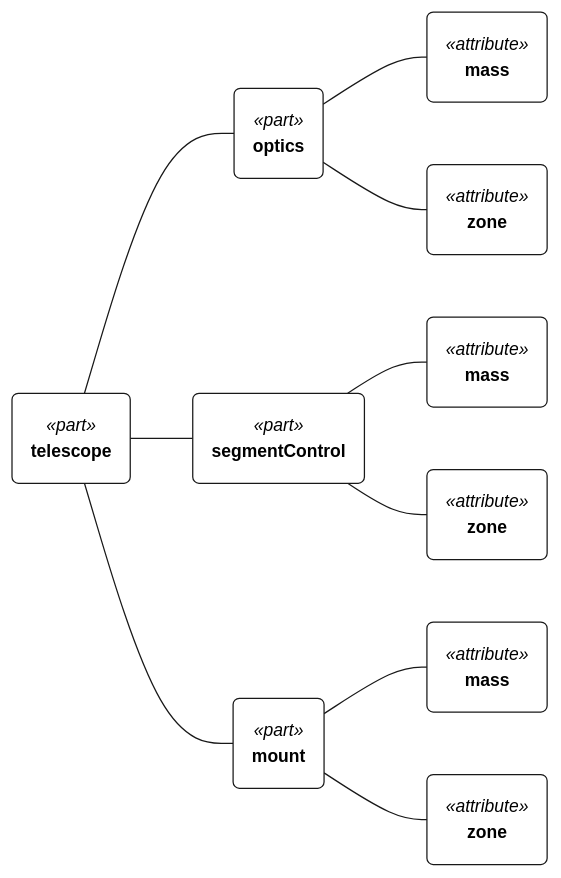
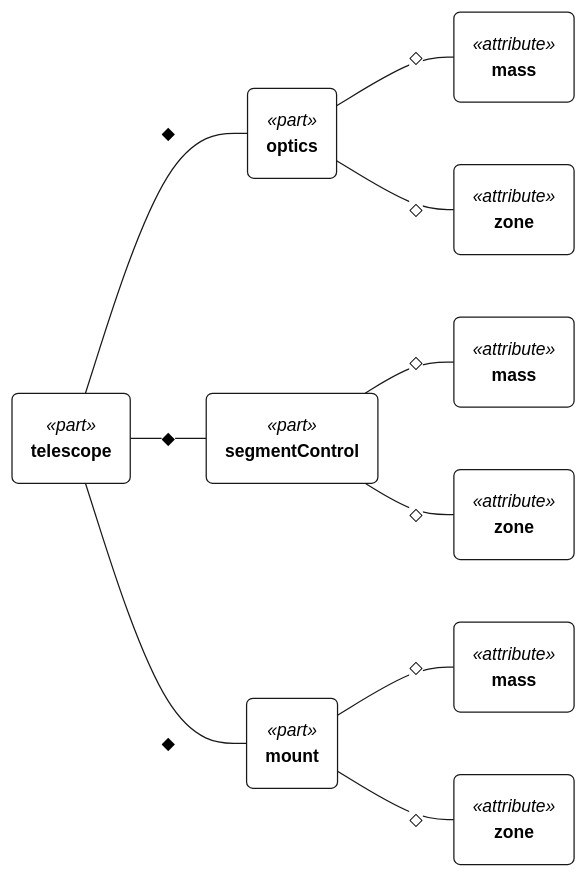
The second of 2 diagrams in docs/manual/examples/observatory.md (Open-MBEE/OpenSysML), drawn with Mermaid before and after one commit. The commit also changed 7 other files, not shown here.

````diff
--- a/docs/manual/examples/observatory.md
+++ b/docs/manual/examples/observatory.md
@@ -102,56 +102,56 @@
 ```mermaid
 ---
 config:
   fontFamily: "Helvetica, Arial, sans-serif"
   theme: base
   themeCSS: ".edgeLabel rect { opacity: 1 !important; } .cluster-label .nodeLabel { text-align: center; }"
   themeVariables:
     fontFamily: "Helvetica, Arial, sans-serif"
     fontSize: "14px"
     primaryColor: "#FFFFFF"
     secondaryColor: "#FFFFFF"
     tertiaryColor: "#FFFFFF"
     background: "#FFFFFF"
     primaryBorderColor: "#181818"
     primaryTextColor: "#000000"
     lineColor: "#181818"
     textColor: "#000000"
     noteBkgColor: "#FEFFDD"
     noteBorderColor: "#181818"
     noteTextColor: "#000000"
     clusterBkg: "#FFFFFF"
     clusterBorder: "#181818"
     edgeLabelBackground: "#FFFFFF"
 ---
 %% tree rendering (the diagram states kind "tree")
 flowchart LR
   n0("`*«part»*
 **telescope**`")
     n1("`*«part»*
 **optics**`")
       n2("`*«attribute»*
 **mass**`")
-  n1 --- n2
       n3("`*«attribute»*
 **zone**`")
-  n1 --- n3
-  n0 --- n1
     n4("`*«part»*
 **segmentControl**`")
       n5("`*«attribute»*
 **mass**`")
-  n4 --- n5
       n6("`*«attribute»*
 **zone**`")
-  n4 --- n6
-  n0 --- n4
     n7("`*«part»*
 **mount**`")
       n8("`*«attribute»*
 **mass**`")
-  n7 --- n8
       n9("`*«attribute»*
 **zone**`")
-  n7 --- n9
-  n0 --- n7
+  n0 ---|"◆"| n1
+  n0 ---|"◆"| n4
+  n0 ---|"◆"| n7
+  n1 ---|"◇"| n2
+  n1 ---|"◇"| n3
+  n4 ---|"◇"| n5
+  n4 ---|"◇"| n6
+  n7 ---|"◇"| n8
+  n7 ---|"◇"| n9
 ```
````
